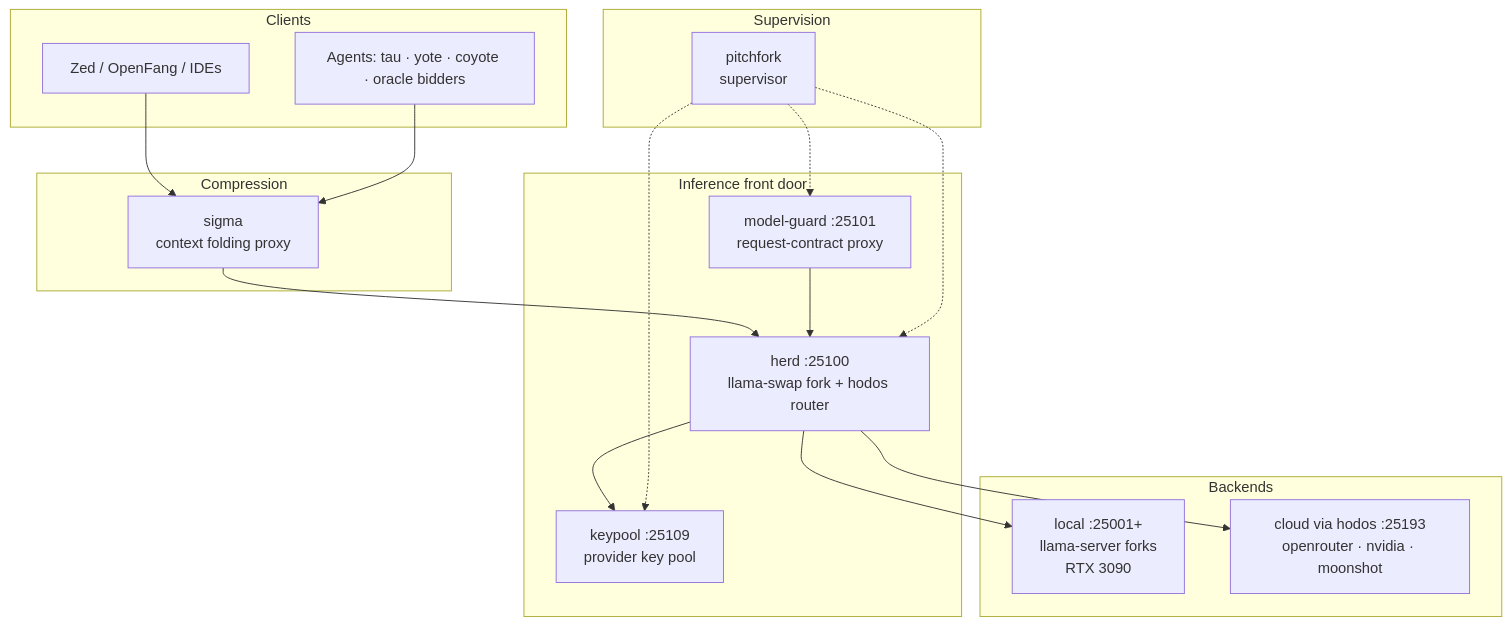
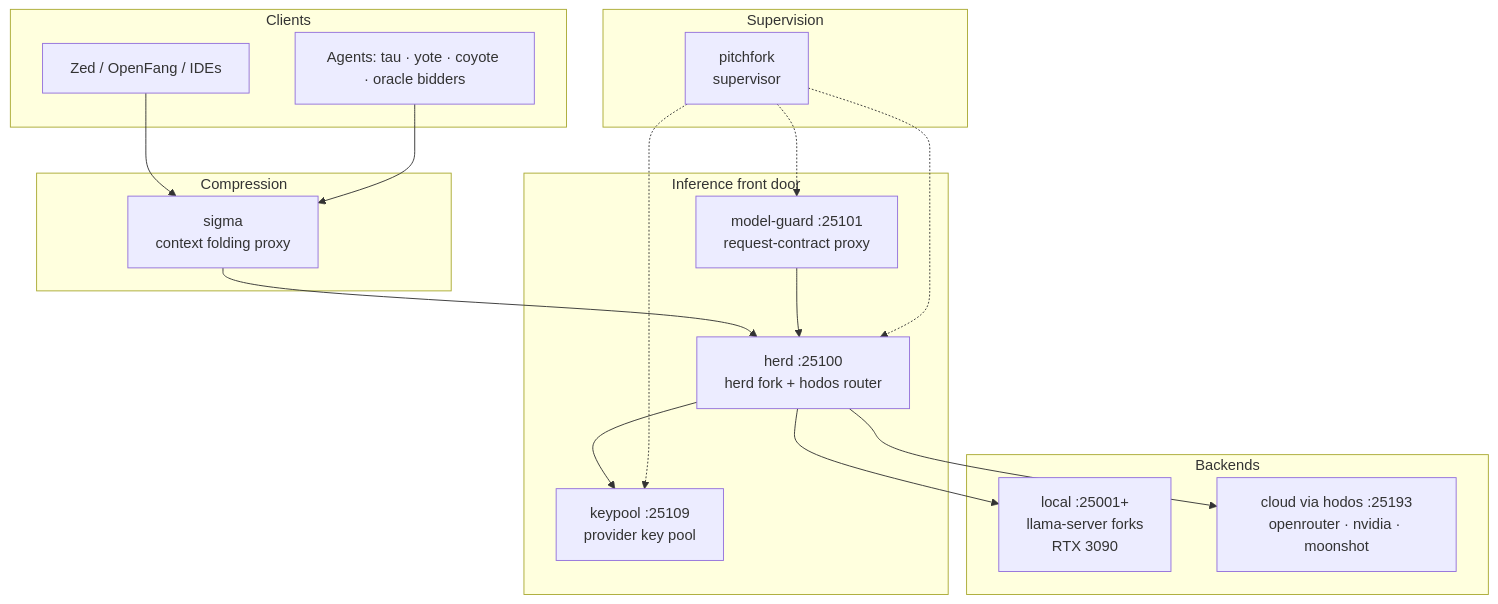
Before and after one commit to toxicwind/estate: the third of 4 diagrams in salvage/origin-main-20261002/conflicts/README.md, drawn with Mermaid. The commit also changed other lines of this file and 248 other files, not shown here.

````diff
--- a/salvage/origin-main-20261002/conflicts/README.md
+++ b/salvage/origin-main-20261002/conflicts/README.md
@@ -159,32 +159,32 @@
 ```mermaid
 flowchart TB
     subgraph clients["Clients"]
         ZED[Zed / OpenFang / IDEs]
         AG[Agents: tau · yote · coyote · oracle bidders]
     end
     subgraph ctx["Compression"]
         SIG[sigma<br/>context folding proxy]
     end
     subgraph frontdoor["Inference front door"]
-        HERD[herd :25100<br/>llama-swap fork + hodos router]
+        HERD[herd :25100<br/>herd fork + hodos router]
         MG[model-guard :25101<br/>request-contract proxy]
         KP[keypool :25109<br/>provider key pool]
     end
     subgraph backends["Backends"]
         LOCAL[local :25001+<br/>llama-server forks<br/>RTX 3090]
         CLOUD[cloud via hodos :25193<br/>openrouter · nvidia · moonshot]
     end
     ZED --> SIG
     AG --> SIG
     SIG --> HERD
     MG --> HERD
     HERD --> KP
     HERD --> LOCAL
     HERD --> CLOUD
     subgraph supervise["Supervision"]
         PF2[pitchfork<br/>supervisor]
     end
     PF2 -.-> HERD
     PF2 -.-> MG
     PF2 -.-> KP
 ```
````
